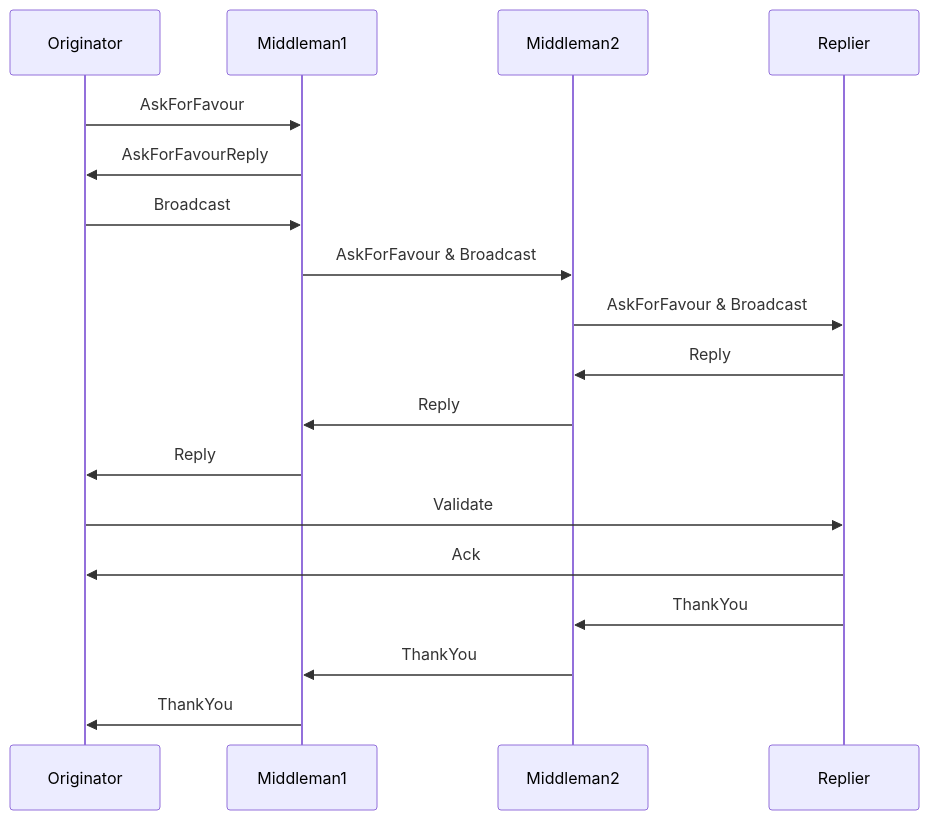
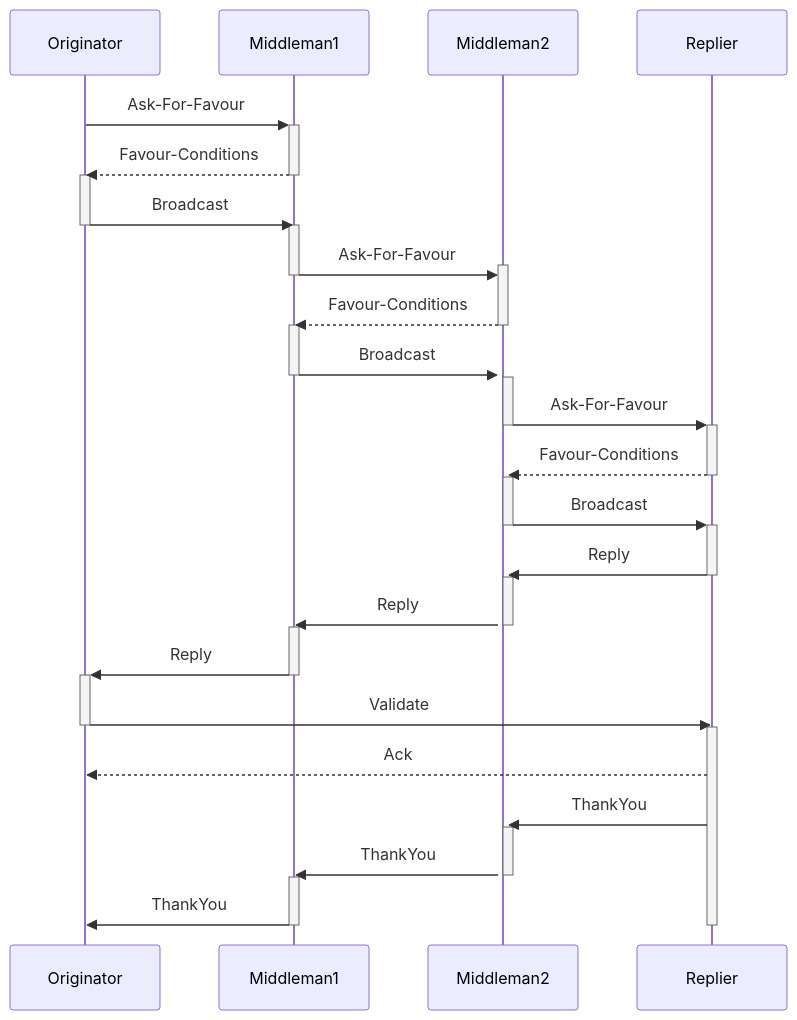
One commit to DontTrustVerifyOrg/gig-gossip changed the fourth of 4 diagrams in whitepaper/protocol.md. Above: the diagram before and after it, drawn with Mermaid. The commit also changed other lines of this file, not shown here.

````diff
--- a/whitepaper/protocol.md
+++ b/whitepaper/protocol.md
@@ -154,16 +158,40 @@
 ```mermaid
 sequenceDiagram
-    Originator->>Middleman1: AskForFavour
-    Middleman1->>Originator: AskForFavourReply
+    Originator->>+Middleman1: Ask-For-Favour
+    Middleman1-->>-Originator: Favour-Conditions
+    activate Originator
     Originator->>Middleman1: Broadcast
-    Middleman1->>Middleman2 : AskForFavour & Broadcast
-    Middleman2->>Replier : AskForFavour & Broadcast
-    Replier->>Middleman2 : Reply
+    deactivate Originator
+    activate Middleman1
+    Middleman1->>+Middleman2: Ask-For-Favour
+    deactivate Middleman1
+    Middleman2-->>-Middleman1: Favour-Conditions
+    activate Middleman1
+    Middleman1->>+Middleman2: Broadcast
+    deactivate Middleman1
+    activate Middleman2
+    Middleman2->>+Replier: Ask-For-Favour
+    deactivate Middleman2
+    Replier-->>-Middleman2: Favour-Conditions
+    activate Middleman2
+    Middleman2->>+Replier: Broadcast
+    deactivate Middleman2
+    Replier->>-Middleman2 : Reply
+    activate Middleman2
     Middleman2->>Middleman1 : Reply
-    Middleman1->>Originator : Reply
-    Originator->>Replier: Validate
-    Replier->>Originator: Ack
+    deactivate Middleman2
+    activate Middleman1
+    Middleman1->>+Originator : Reply
+    deactivate Middleman1
+    Originator->>-Replier: Validate
+    activate Replier
+    Replier-->>Originator: Ack
     Replier->>Middleman2: ThankYou
+    activate Middleman2
     Middleman2->>Middleman1 : ThankYou
+    deactivate Middleman2
+    activate Middleman1
     Middleman1->>Originator : ThankYou
+    deactivate Middleman1
+    deactivate Replier
 ```
````
